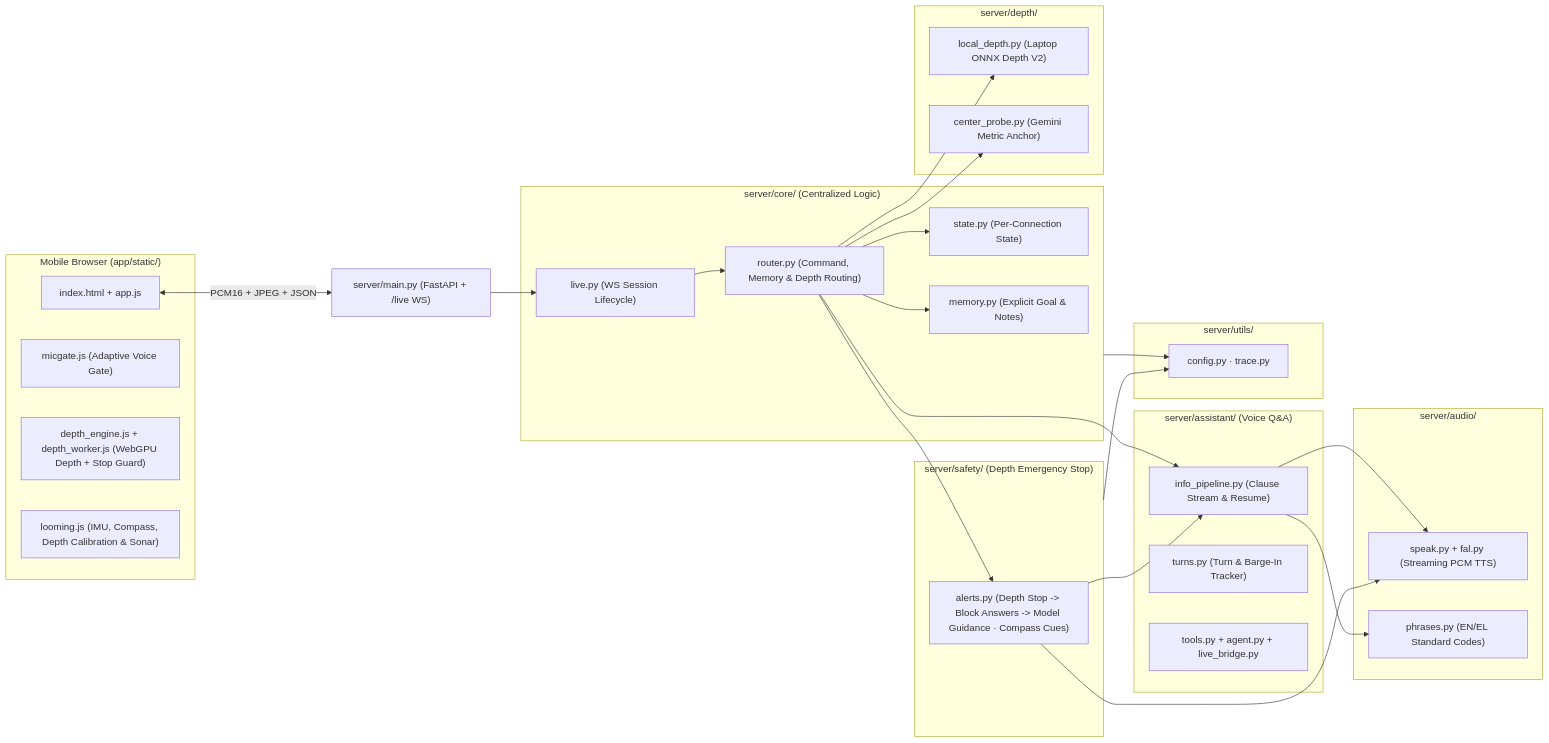
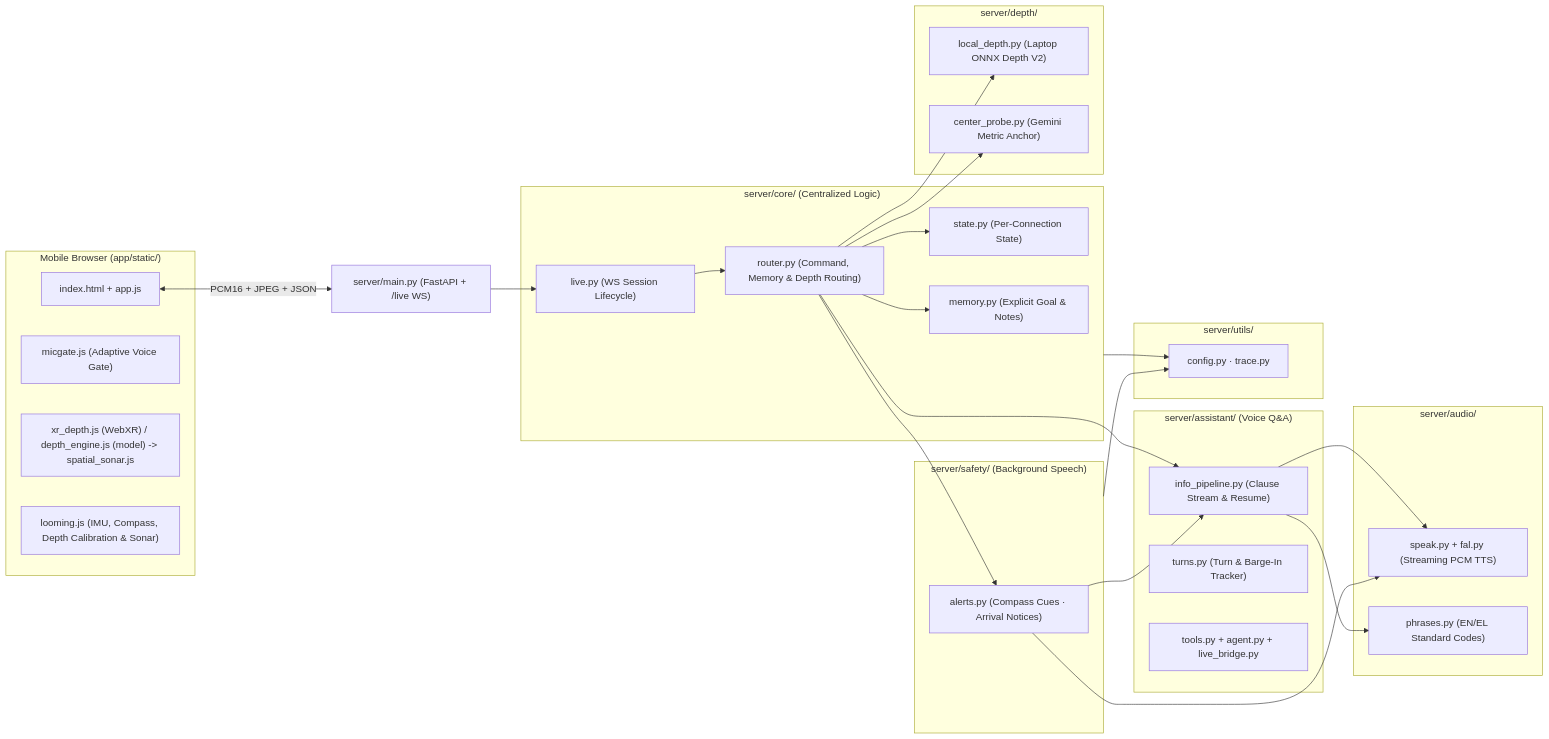
One commit to Mike17K/genaisummit2026 changed the first of 2 diagrams in app/README.md. Above: the diagram before and after it, drawn with Mermaid. The commit also changed other lines of this file and 28 other files, not shown here.

````diff
--- a/app/README.md
+++ b/app/README.md
@@ -11,57 +11,57 @@
 ```mermaid
 flowchart LR
     subgraph Client["Mobile Browser (app/static/)"]
         UI["index.html + app.js"]
         MG["micgate.js (Adaptive Voice Gate)"]
-        DW["depth_engine.js + depth_worker.js (WebGPU Depth + Stop Guard)"]
+        DW["xr_depth.js (WebXR) / depth_engine.js (model) -> spatial_sonar.js"]
         LM["looming.js (IMU, Compass, Depth Calibration & Sonar)"]
     end
 
     Entry["server/main.py (FastAPI + /live WS)"]
 
     subgraph Core["server/core/ (Centralized Logic)"]
         LIVE["live.py (WS Session Lifecycle)"]
         RTR["router.py (Command, Memory & Depth Routing)"]
         ST["state.py (Per-Connection State)"]
         MEM["memory.py (Explicit Goal & Notes)"]
     end
 
     subgraph Assistant["server/assistant/ (Voice Q&A)"]
         INFO["info_pipeline.py (Clause Stream & Resume)"]
         TRN["turns.py (Turn & Barge-In Tracker)"]
         TLS["tools.py + agent.py + live_bridge.py"]
     end
 
-    subgraph Safety["server/safety/ (Depth Emergency Stop)"]
-        ALT["alerts.py (Depth Stop -> Block Answers -> Model Guidance · Compass Cues)"]
+    subgraph Safety["server/safety/ (Background Speech)"]
+        ALT["alerts.py (Compass Cues · Arrival Notices)"]
     end
 
     subgraph Depth["server/depth/"]
         LDP["local_depth.py (Laptop ONNX Depth V2)"]
         CPR["center_probe.py (Gemini Metric Anchor)"]
     end
 
     subgraph Audio["server/audio/"]
         SPK["speak.py + fal.py (Streaming PCM TTS)"]
         PHR["phrases.py (EN/EL Standard Codes)"]
     end
 
     subgraph Utils["server/utils/"]
         UTL["config.py · trace.py"]
     end
 
     UI <-->|"PCM16 + JPEG + JSON"| Entry
     Entry --> LIVE --> RTR
     RTR --> ST
     RTR --> MEM
     RTR --> INFO
     RTR --> ALT
     RTR --> LDP
     INFO --> SPK
     INFO --> PHR
     ALT --> INFO
     ALT --> SPK
     RTR --> CPR
     Core --> UTL
     Safety --> UTL
 ```
````
